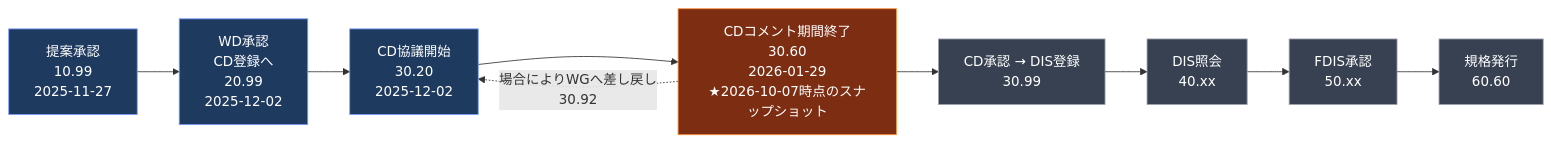
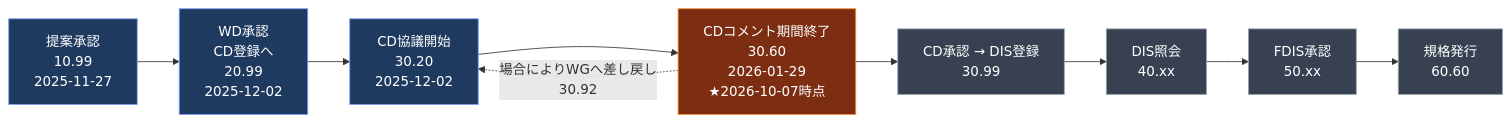
Before and after one commit to myoshi2891/Quality-Assurance-Studies: the first of 10 diagrams in Iso-29119-14-guide.md, drawn with Mermaid. The commit also changed other lines of this file and 1 other file, not shown here.

Commit message:
fix(iso29119-14): clarify mapping reconciliation expected values, AWS DMS validation limitations, and rollback rehearsal flow

````diff
--- a/Iso-29119-14-guide.md
+++ b/Iso-29119-14-guide.md
@@ -87,18 +87,18 @@
 ```mermaid
 flowchart LR
     LC1["提案承認<br/>10.99<br/>2025-11-27"] --> LC2["WD承認<br/>CD登録へ<br/>20.99<br/>2025-12-02"]
     LC2 --> LC3["CD協議開始<br/>30.20<br/>2025-12-02"]
-    LC3 --> LC4["CDコメント期間終了<br/>30.60<br/>2026-01-29<br/>★2026-10-07時点のスナップショット"]
+    LC3 --> LC4["CDコメント期間終了<br/>30.60<br/>2026-01-29<br/>★2026-10-07時点"]
     LC4 --> LC5["CD承認 → DIS登録<br/>30.99"]
     LC5 --> LC6["DIS照会<br/>40.xx"]
     LC6 --> LC7["FDIS承認<br/>50.xx"]
     LC7 --> LC8["規格発行<br/>60.60"]
     LC4 -. "場合によりWGへ差し戻し<br/>30.92" .-> LC3
 
     classDef done fill:#1f3a5f,stroke:#7c9eff,color:#ffffff
     classDef now fill:#7c2d12,stroke:#fb923c,color:#ffffff
     classDef future fill:#374151,stroke:#9ca3af,color:#ffffff
     class LC1,LC2,LC3 done
     class LC4 now
     class LC5,LC6,LC7,LC8 future
 ```
````
